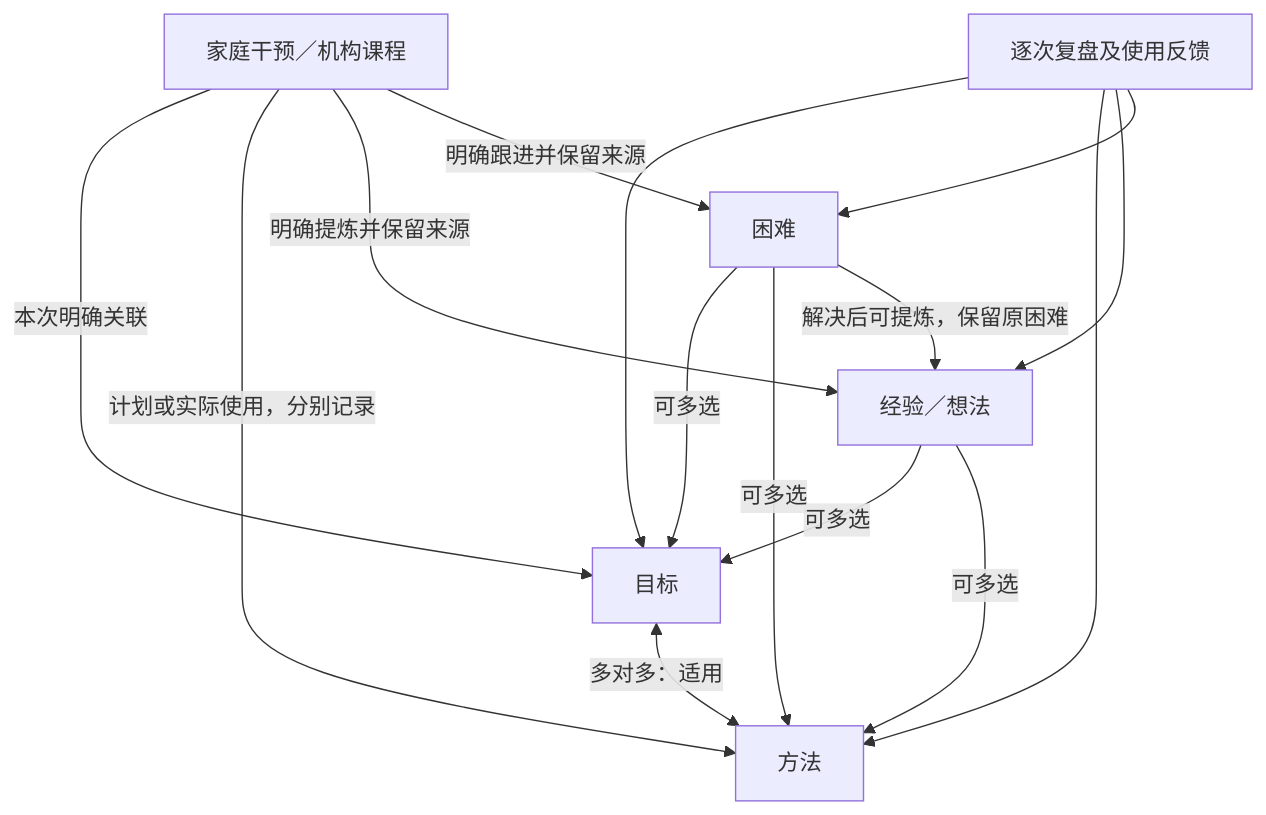
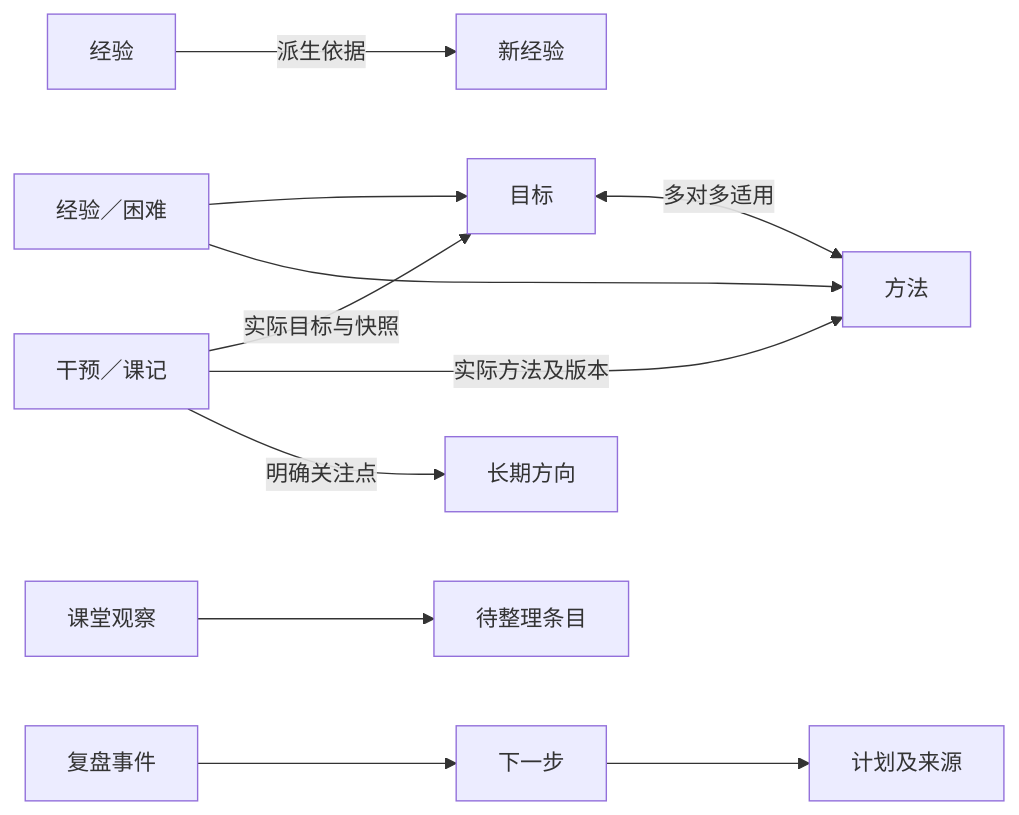
The second of 2 diagrams in docs/prd-family-intervention.md (q9good/skarmar), drawn with Mermaid before and after one commit. The commit also changed other lines of this file, not shown here.

````diff
--- a/docs/prd-family-intervention.md
+++ b/docs/prd-family-intervention.md
@@ -104,17 +122,13 @@
 ```mermaid
-flowchart TB
-  G[目标] <-->|多对多：适用| M[方法]
-  E[经验／想法] -->|可多选| G
-  E -->|可多选| M
-  X[困难] -->|可多选| G
-  X -->|可多选| M
-  S[家庭干预／机构课程] -->|本次明确关联| G
-  S -->|计划或实际使用，分别记录| M
-  S -->|明确提炼并保留来源| E
-  S -->|明确跟进并保留来源| X
-  R[逐次复盘及使用反馈] --> G
-  R --> M
-  R --> E
-  R --> X
-  X -->|解决后可提炼，保留原困难| E
+flowchart LR
+  G[目标] <-->|多对多适用| M[方法]
+  K[经验／困难] --> G
+  K --> M
+  E[经验] -->|派生依据| E2[新经验]
+  S[干预／课记] -->|实际目标与快照| G
+  S -->|实际方法及版本| M
+  S -->|明确关注点| L[长期方向]
+  C[课堂观察] --> Q[待整理条目]
+  R[复盘事件] --> A[下一步]
+  A --> P[计划及来源]
 ```
````
